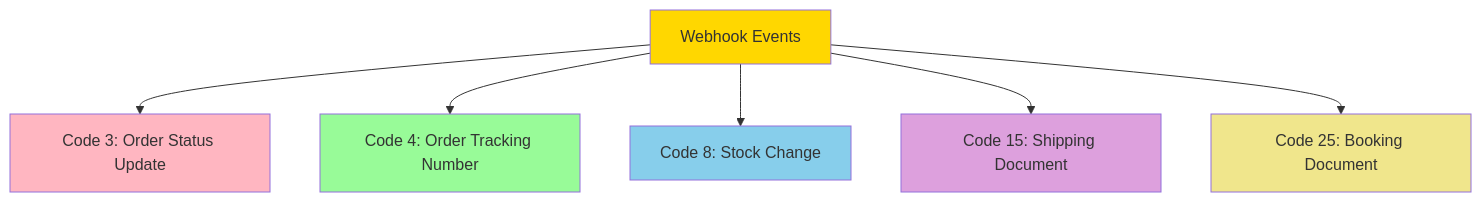
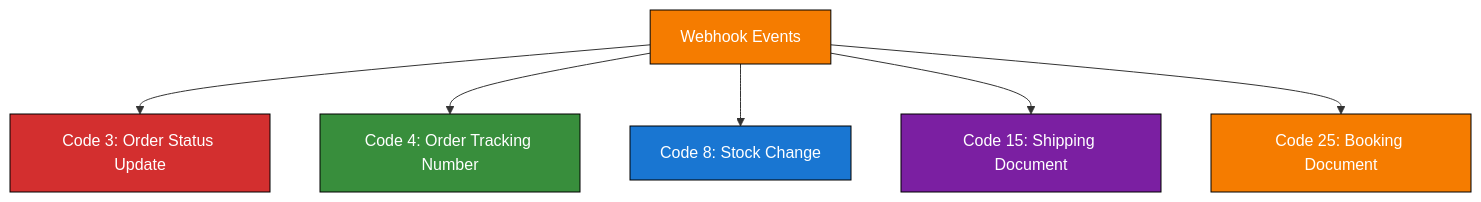
One commit to xKeNcHii/shopee-webhook-receiver changed the third of 4 diagrams in README.md. Above: the diagram before and after it, drawn with Mermaid. The commit also changed other lines of this file, not shown here.

First line of the commit message:
Update Mermaid diagram colors for dark background visibility

````diff
--- a/README.md
+++ b/README.md
@@ -176,17 +176,17 @@
 ```mermaid
 graph TB
     WH["Webhook Events"]
 
     WH --> E3["Code 3: Order Status Update"]
     WH --> E4["Code 4: Order Tracking Number"]
     WH --> E8["Code 8: Stock Change"]
     WH --> E15["Code 15: Shipping Document"]
     WH --> E25["Code 25: Booking Document"]
 
-    style WH fill:#ffd700
-    style E3 fill:#ffb6c1
-    style E4 fill:#98fb98
-    style E8 fill:#87ceeb
-    style E15 fill:#dda0dd
-    style E25 fill:#f0e68c
+    style WH fill:#f57c00,stroke:#000,color:#fff
+    style E3 fill:#d32f2f,stroke:#000,color:#fff
+    style E4 fill:#388e3c,stroke:#000,color:#fff
+    style E8 fill:#1976d2,stroke:#000,color:#fff
+    style E15 fill:#7b1fa2,stroke:#000,color:#fff
+    style E25 fill:#f57c00,stroke:#000,color:#fff
 ```
````
